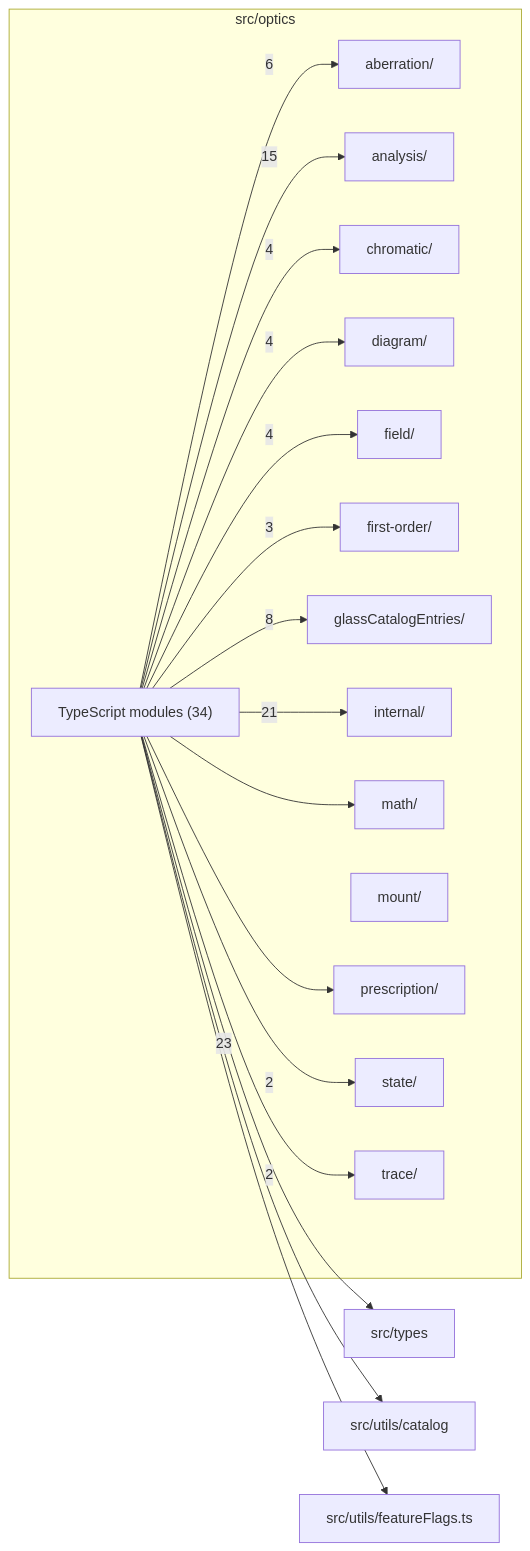
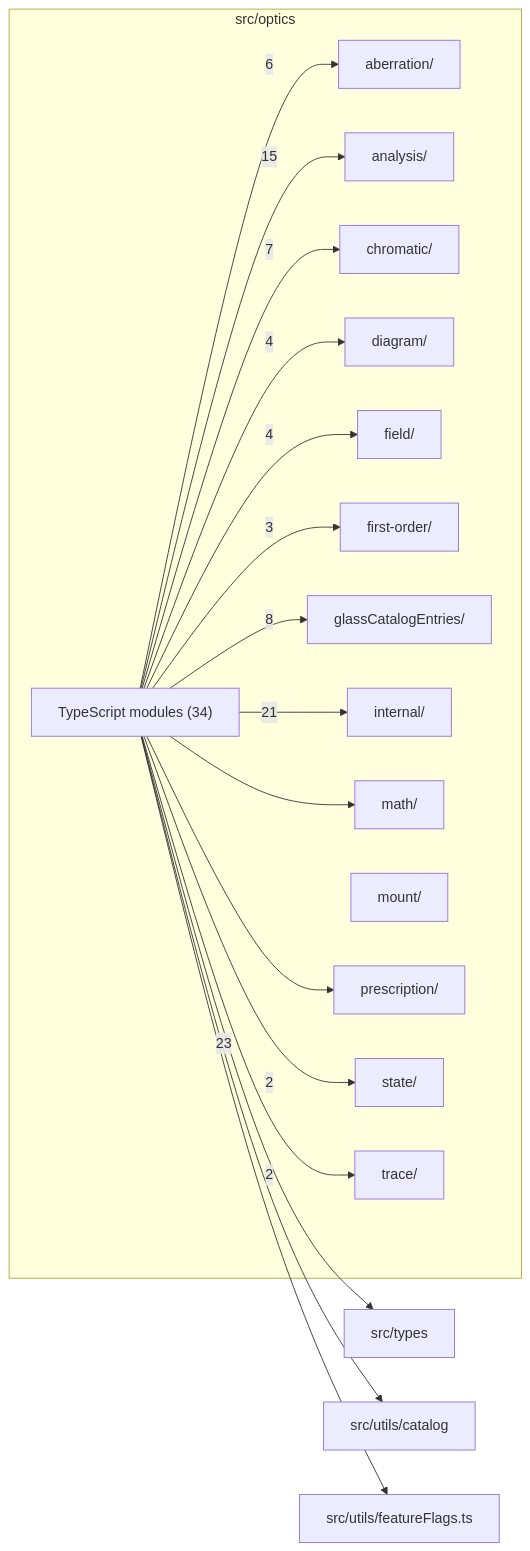
One commit to ronbuening/LensVisualizer changed the diagram in src/optics/readme.md. Above: the diagram before and after it, drawn with Mermaid. The commit also changed other lines of this file and 9 other files, not shown here.

````diff
--- a/src/optics/readme.md
+++ b/src/optics/readme.md
@@ -9,37 +9,37 @@
 ```mermaid
 flowchart LR
   subgraph n_src_optics["src/optics"]
     n_src_optics_src_optics_aberration["aberration/"]
     n_src_optics_src_optics_analysis["analysis/"]
     n_src_optics_src_optics_chromatic["chromatic/"]
     n_src_optics_src_optics_diagram["diagram/"]
     n_src_optics_src_optics_field["field/"]
     n_src_optics_src_optics_first_order["first-order/"]
     n_src_optics_src_optics_glassCatalogEntries["glassCatalogEntries/"]
     n_src_optics_src_optics_internal["internal/"]
     n_src_optics_src_optics_math["math/"]
     n_src_optics_src_optics_mount["mount/"]
     n_src_optics_src_optics_prescription["prescription/"]
     n_src_optics_src_optics_state["state/"]
     n_src_optics_src_optics_trace["trace/"]
     n_src_optics_TypeScript_modules["TypeScript modules (34)"]
   end
   n_external_src_types["src/types"]
   n_external_src_utils_catalog["src/utils/catalog"]
   n_external_src_utils_featureFlags_ts["src/utils/featureFlags.ts"]
   n_src_optics_TypeScript_modules --> |23| n_external_src_types
   n_src_optics_TypeScript_modules --> |21| n_src_optics_src_optics_internal
   n_src_optics_TypeScript_modules --> |15| n_src_optics_src_optics_analysis
   n_src_optics_TypeScript_modules --> |8| n_src_optics_src_optics_glassCatalogEntries
+  n_src_optics_TypeScript_modules --> |7| n_src_optics_src_optics_chromatic
   n_src_optics_TypeScript_modules --> |6| n_src_optics_src_optics_aberration
-  n_src_optics_TypeScript_modules --> |4| n_src_optics_src_optics_chromatic
   n_src_optics_TypeScript_modules --> |4| n_src_optics_src_optics_diagram
   n_src_optics_TypeScript_modules --> |4| n_src_optics_src_optics_field
   n_src_optics_TypeScript_modules --> |3| n_src_optics_src_optics_first_order
   n_src_optics_TypeScript_modules --> |2| n_src_optics_src_optics_state
   n_src_optics_TypeScript_modules --> |2| n_src_optics_src_optics_trace
   n_src_optics_TypeScript_modules --> n_external_src_utils_catalog
   n_src_optics_TypeScript_modules --> n_external_src_utils_featureFlags_ts
   n_src_optics_TypeScript_modules --> n_src_optics_src_optics_math
   n_src_optics_TypeScript_modules --> n_src_optics_src_optics_prescription
 ```
````
